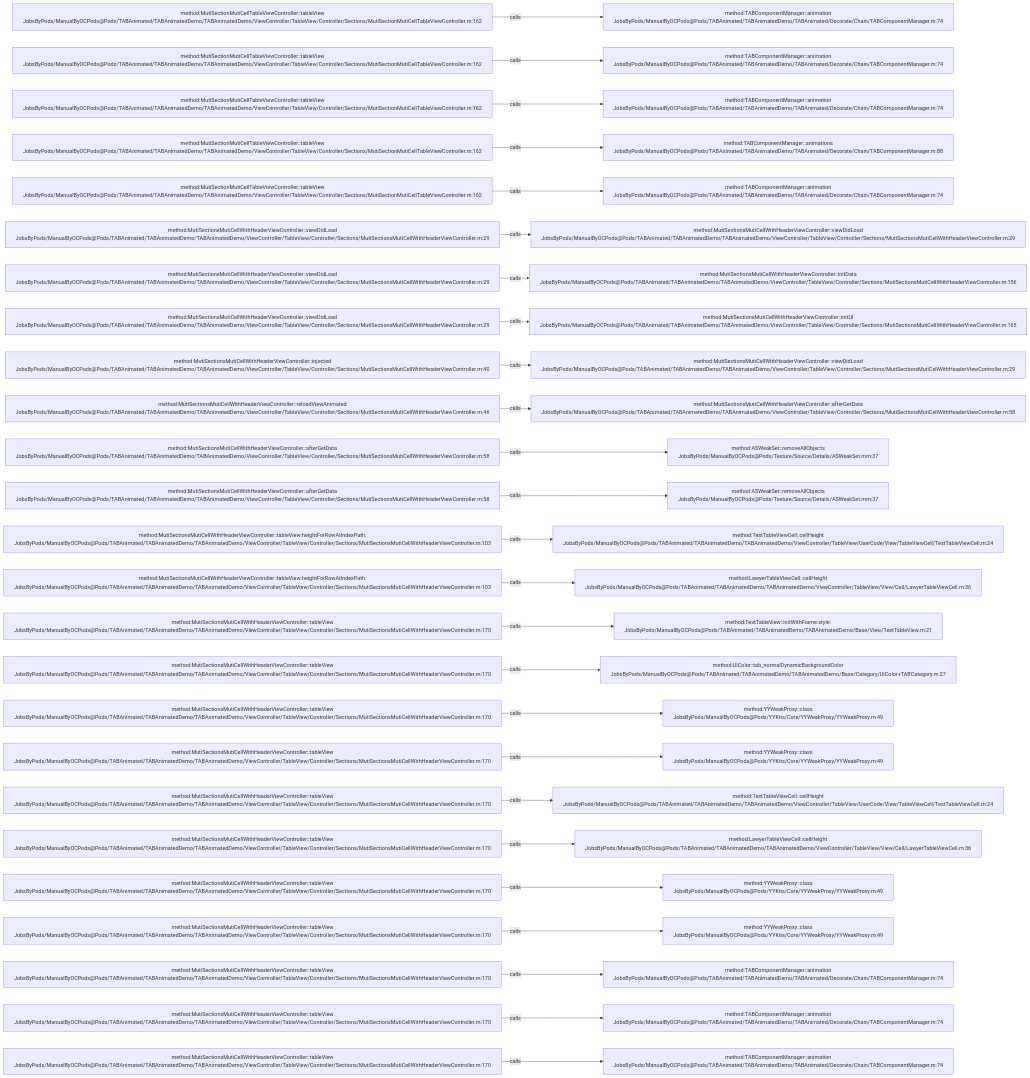
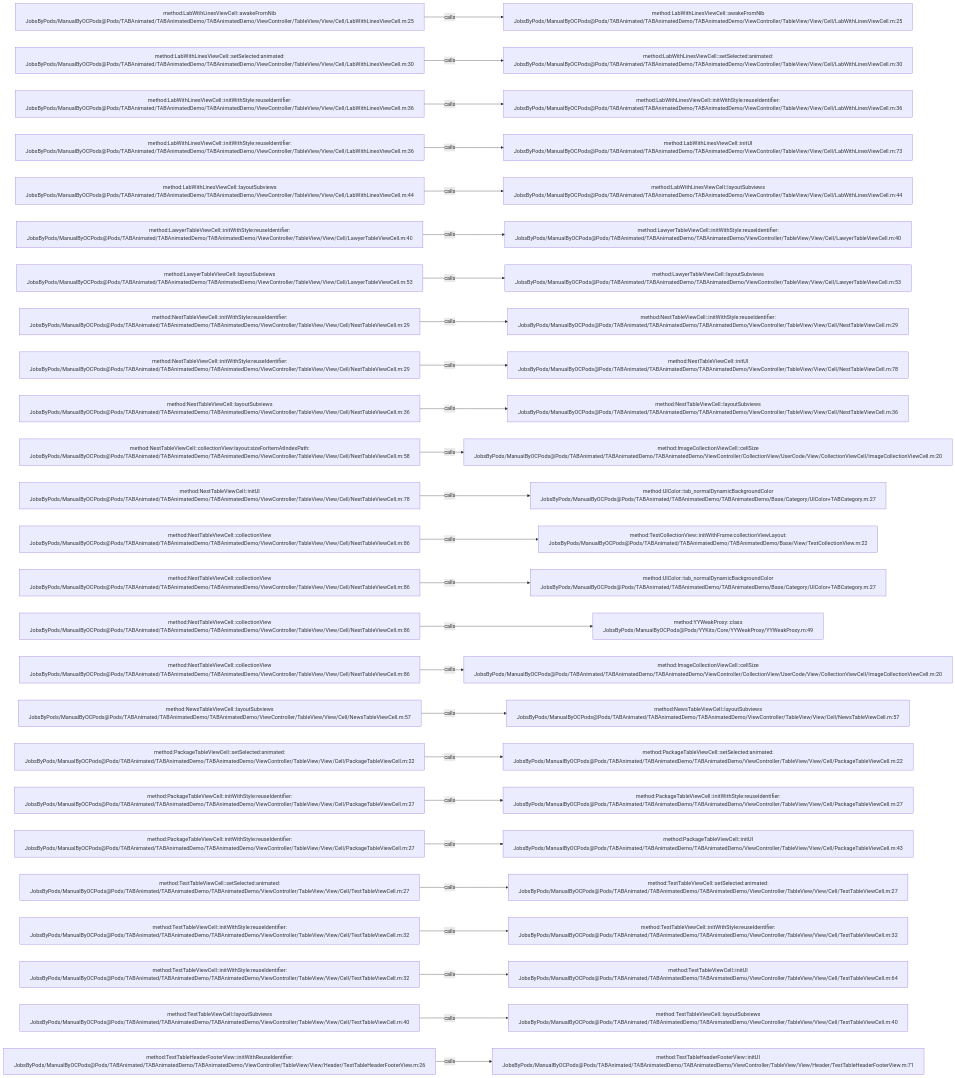
Before and after one commit to JobsKits/JobsOCBaseConfigDemo: the diagram in .codegraph/codegraph.md/graphs/calls-054.md, drawn with Mermaid. The commit also changed 2723 other files, not shown here.

````diff
--- a/.codegraph/codegraph.md/graphs/calls-054.md
+++ b/.codegraph/codegraph.md/graphs/calls-054.md
@@ -13,78 +13,78 @@
 ```mermaid
 flowchart LR
-  S1["method:MutiSectionMutiCellTableViewController::tableView<br/>JobsByPods/ManualByOCPods@Pods/TABAnimated/TABAnimatedDemo/TABAnimatedDemo/ViewController/TableView/Controller/Sections/MutiSectionMutiCellTableViewController.m:162"]
-  T1["method:TABComponentManager::animation<br/>JobsByPods/ManualByOCPods@Pods/TABAnimated/TABAnimatedDemo/TABAnimated/Decorate/Chain/TABComponentManager.m:74"]
+  S1["method:LabWithLinesViewCell::awakeFromNib<br/>JobsByPods/ManualByOCPods@Pods/TABAnimated/TABAnimatedDemo/TABAnimatedDemo/ViewController/TableView/View/Cell/LabWithLinesViewCell.m:25"]
+  T1["method:LabWithLinesViewCell::awakeFromNib<br/>JobsByPods/ManualByOCPods@Pods/TABAnimated/TABAnimatedDemo/TABAnimatedDemo/ViewController/TableView/View/Cell/LabWithLinesViewCell.m:25"]
   S1 -->|calls| T1
-  S2["method:MutiSectionMutiCellTableViewController::tableView<br/>JobsByPods/ManualByOCPods@Pods/TABAnimated/TABAnimatedDemo/TABAnimatedDemo/ViewController/TableView/Controller/Sections/MutiSectionMutiCellTableViewController.m:162"]
-  T2["method:TABComponentManager::animation<br/>JobsByPods/ManualByOCPods@Pods/TABAnimated/TABAnimatedDemo/TABAnimated/Decorate/Chain/TABComponentManager.m:74"]
+  S2["method:LabWithLinesViewCell::setSelected:animated:<br/>JobsByPods/ManualByOCPods@Pods/TABAnimated/TABAnimatedDemo/TABAnimatedDemo/ViewController/TableView/View/Cell/LabWithLinesViewCell.m:30"]
+  T2["method:LabWithLinesViewCell::setSelected:animated:<br/>JobsByPods/ManualByOCPods@Pods/TABAnimated/TABAnimatedDemo/TABAnimatedDemo/ViewController/TableView/View/Cell/LabWithLinesViewCell.m:30"]
   S2 -->|calls| T2
-  S3["method:MutiSectionMutiCellTableViewController::tableView<br/>JobsByPods/ManualByOCPods@Pods/TABAnimated/TABAnimatedDemo/TABAnimatedDemo/ViewController/TableView/Controller/Sections/MutiSectionMutiCellTableViewController.m:162"]
-  T3["method:TABComponentManager::animation<br/>JobsByPods/ManualByOCPods@Pods/TABAnimated/TABAnimatedDemo/TABAnimated/Decorate/Chain/TABComponentManager.m:74"]
+  S3["method:LabWithLinesViewCell::initWithStyle:reuseIdentifier:<br/>JobsByPods/ManualByOCPods@Pods/TABAnimated/TABAnimatedDemo/TABAnimatedDemo/ViewController/TableView/View/Cell/LabWithLinesViewCell.m:36"]
+  T3["method:LabWithLinesViewCell::initWithStyle:reuseIdentifier:<br/>JobsByPods/ManualByOCPods@Pods/TABAnimated/TABAnimatedDemo/TABAnimatedDemo/ViewController/TableView/View/Cell/LabWithLinesViewCell.m:36"]
   S3 -->|calls| T3
-  S4["method:MutiSectionMutiCellTableViewController::tableView<br/>JobsByPods/ManualByOCPods@Pods/TABAnimated/TABAnimatedDemo/TABAnimatedDemo/ViewController/TableView/Controller/Sections/MutiSectionMutiCellTableViewController.m:162"]
-  T4["method:TABComponentManager::animations<br/>JobsByPods/ManualByOCPods@Pods/TABAnimated/TABAnimatedDemo/TABAnimated/Decorate/Chain/TABComponentManager.m:88"]
+  S4["method:LabWithLinesViewCell::initWithStyle:reuseIdentifier:<br/>JobsByPods/ManualByOCPods@Pods/TABAnimated/TABAnimatedDemo/TABAnimatedDemo/ViewController/TableView/View/Cell/LabWithLinesViewCell.m:36"]
+  T4["method:LabWithLinesViewCell::initUI<br/>JobsByPods/ManualByOCPods@Pods/TABAnimated/TABAnimatedDemo/TABAnimatedDemo/ViewController/TableView/View/Cell/LabWithLinesViewCell.m:73"]
   S4 -->|calls| T4
-  S5["method:MutiSectionMutiCellTableViewController::tableView<br/>JobsByPods/ManualByOCPods@Pods/TABAnimated/TABAnimatedDemo/TABAnimatedDemo/ViewController/TableView/Controller/Sections/MutiSectionMutiCellTableViewController.m:162"]
-  T5["method:TABComponentManager::animation<br/>JobsByPods/ManualByOCPods@Pods/TABAnimated/TABAnimatedDemo/TABAnimated/Decorate/Chain/TABComponentManager.m:74"]
+  S5["method:LabWithLinesViewCell::layoutSubviews<br/>JobsByPods/ManualByOCPods@Pods/TABAnimated/TABAnimatedDemo/TABAnimatedDemo/ViewController/TableView/View/Cell/LabWithLinesViewCell.m:44"]
+  T5["method:LabWithLinesViewCell::layoutSubviews<br/>JobsByPods/ManualByOCPods@Pods/TABAnimated/TABAnimatedDemo/TABAnimatedDemo/ViewController/TableView/View/Cell/LabWithLinesViewCell.m:44"]
   S5 -->|calls| T5
-  S6["method:MutiSectionsMutiCellWithHeaderViewController::viewDidLoad<br/>JobsByPods/ManualByOCPods@Pods/TABAnimated/TABAnimatedDemo/TABAnimatedDemo/ViewController/TableView/Controller/Sections/MutiSectionsMutiCellWithHeaderViewController.m:29"]
-  T6["method:MutiSectionsMutiCellWithHeaderViewController::viewDidLoad<br/>JobsByPods/ManualByOCPods@Pods/TABAnimated/TABAnimatedDemo/TABAnimatedDemo/ViewController/TableView/Controller/Sections/MutiSectionsMutiCellWithHeaderViewController.m:29"]
+  S6["method:LawyerTableViewCell::initWithStyle:reuseIdentifier:<br/>JobsByPods/ManualByOCPods@Pods/TABAnimated/TABAnimatedDemo/TABAnimatedDemo/ViewController/TableView/View/Cell/LawyerTableViewCell.m:40"]
+  T6["method:LawyerTableViewCell::initWithStyle:reuseIdentifier:<br/>JobsByPods/ManualByOCPods@Pods/TABAnimated/TABAnimatedDemo/TABAnimatedDemo/ViewController/TableView/View/Cell/LawyerTableViewCell.m:40"]
   S6 -->|calls| T6
-  S7["method:MutiSectionsMutiCellWithHeaderViewController::viewDidLoad<br/>JobsByPods/ManualByOCPods@Pods/TABAnimated/TABAnimatedDemo/TABAnimatedDemo/ViewController/TableView/Controller/Sections/MutiSectionsMutiCellWithHeaderViewController.m:29"]
-  T7["method:MutiSectionsMutiCellWithHeaderViewController::initData<br/>JobsByPods/ManualByOCPods@Pods/TABAnimated/TABAnimatedDemo/TABAnimatedDemo/ViewController/TableView/Controller/Sections/MutiSectionsMutiCellWithHeaderViewController.m:156"]
+  S7["method:LawyerTableViewCell::layoutSubviews<br/>JobsByPods/ManualByOCPods@Pods/TABAnimated/TABAnimatedDemo/TABAnimatedDemo/ViewController/TableView/View/Cell/LawyerTableViewCell.m:53"]
+  T7["method:LawyerTableViewCell::layoutSubviews<br/>JobsByPods/ManualByOCPods@Pods/TABAnimated/TABAnimatedDemo/TABAnimatedDemo/ViewController/TableView/View/Cell/LawyerTableViewCell.m:53"]
   S7 -->|calls| T7
-  S8["method:MutiSectionsMutiCellWithHeaderViewController::viewDidLoad<br/>JobsByPods/ManualByOCPods@Pods/TABAnimated/TABAnimatedDemo/TABAnimatedDemo/ViewController/TableView/Controller/Sections/MutiSectionsMutiCellWithHeaderViewController.m:29"]
-  T8["method:MutiSectionsMutiCellWithHeaderViewController::initUI<br/>JobsByPods/ManualByOCPods@Pods/TABAnimated/TABAnimatedDemo/TABAnimatedDemo/ViewController/TableView/Controller/Sections/MutiSectionsMutiCellWithHeaderViewController.m:165"]
+  S8["method:NestTableViewCell::initWithStyle:reuseIdentifier:<br/>JobsByPods/ManualByOCPods@Pods/TABAnimated/TABAnimatedDemo/TABAnimatedDemo/ViewController/TableView/View/Cell/NestTableViewCell.m:29"]
+  T8["method:NestTableViewCell::initWithStyle:reuseIdentifier:<br/>JobsByPods/ManualByOCPods@Pods/TABAnimated/TABAnimatedDemo/TABAnimatedDemo/ViewController/TableView/View/Cell/NestTableViewCell.m:29"]
   S8 -->|calls| T8
-  S9["method:MutiSectionsMutiCellWithHeaderViewController::injected<br/>JobsByPods/ManualByOCPods@Pods/TABAnimated/TABAnimatedDemo/TABAnimatedDemo/ViewController/TableView/Controller/Sections/MutiSectionsMutiCellWithHeaderViewController.m:40"]
-  T9["method:MutiSectionsMutiCellWithHeaderViewController::viewDidLoad<br/>JobsByPods/ManualByOCPods@Pods/TABAnimated/TABAnimatedDemo/TABAnimatedDemo/ViewController/TableView/Controller/Sections/MutiSectionsMutiCellWithHeaderViewController.m:29"]
+  S9["method:NestTableViewCell::initWithStyle:reuseIdentifier:<br/>JobsByPods/ManualByOCPods@Pods/TABAnimated/TABAnimatedDemo/TABAnimatedDemo/ViewController/TableView/View/Cell/NestTableViewCell.m:29"]
+  T9["method:NestTableViewCell::initUI<br/>JobsByPods/ManualByOCPods@Pods/TABAnimated/TABAnimatedDemo/TABAnimatedDemo/ViewController/TableView/View/Cell/NestTableViewCell.m:78"]
   S9 -->|calls| T9
-  S10["method:MutiSectionsMutiCellWithHeaderViewController::reloadViewAnimated<br/>JobsByPods/ManualByOCPods@Pods/TABAnimated/TABAnimatedDemo/TABAnimatedDemo/ViewController/TableView/Controller/Sections/MutiSectionsMutiCellWithHeaderViewController.m:46"]
-  T10["method:MutiSectionsMutiCellWithHeaderViewController::afterGetData<br/>JobsByPods/ManualByOCPods@Pods/TABAnimated/TABAnimatedDemo/TABAnimatedDemo/ViewController/TableView/Controller/Sections/MutiSectionsMutiCellWithHeaderViewController.m:58"]
+  S10["method:NestTableViewCell::layoutSubviews<br/>JobsByPods/ManualByOCPods@Pods/TABAnimated/TABAnimatedDemo/TABAnimatedDemo/ViewController/TableView/View/Cell/NestTableViewCell.m:36"]
+  T10["method:NestTableViewCell::layoutSubviews<br/>JobsByPods/ManualByOCPods@Pods/TABAnimated/TABAnimatedDemo/TABAnimatedDemo/ViewController/TableView/View/Cell/NestTableViewCell.m:36"]
   S10 -->|calls| T10
-  S11["method:MutiSectionsMutiCellWithHeaderViewController::afterGetData<br/>JobsByPods/ManualByOCPods@Pods/TABAnimated/TABAnimatedDemo/TABAnimatedDemo/ViewController/TableView/Controller/Sections/MutiSectionsMutiCellWithHeaderViewController.m:58"]
-  T11["method:ASWeakSet::removeAllObjects<br/>JobsByPods/ManualByOCPods@Pods/Texture/Source/Details/ASWeakSet.mm:37"]
+  S11["method:NestTableViewCell::collectionView:layout:sizeForItemAtIndexPath:<br/>JobsByPods/ManualByOCPods@Pods/TABAnimated/TABAnimatedDemo/TABAnimatedDemo/ViewController/TableView/View/Cell/NestTableViewCell.m:58"]
+  T11["method:ImageCollectionViewCell::cellSize<br/>JobsByPods/ManualByOCPods@Pods/TABAnimated/TABAnimatedDemo/TABAnimatedDemo/ViewController/CollectionView/UserCode/View/CollectionViewCell/ImageCollectionViewCell.m:20"]
   S11 -->|calls| T11
-  S12["method:MutiSectionsMutiCellWithHeaderViewController::afterGetData<br/>JobsByPods/ManualByOCPods@Pods/TABAnimated/TABAnimatedDemo/TABAnimatedDemo/ViewController/TableView/Controller/Sections/MutiSectionsMutiCellWithHeaderViewController.m:58"]
-  T12["method:ASWeakSet::removeAllObjects<br/>JobsByPods/ManualByOCPods@Pods/Texture/Source/Details/ASWeakSet.mm:37"]
+  S12["method:NestTableViewCell::initUI<br/>JobsByPods/ManualByOCPods@Pods/TABAnimated/TABAnimatedDemo/TABAnimatedDemo/ViewController/TableView/View/Cell/NestTableViewCell.m:78"]
+  T12["method:UIColor::tab_normalDynamicBackgroundColor<br/>JobsByPods/ManualByOCPods@Pods/TABAnimated/TABAnimatedDemo/TABAnimatedDemo/Base/Category/UIColor+TABCategory.m:27"]
   S12 -->|calls| T12
-  S13["method:MutiSectionsMutiCellWithHeaderViewController::tableView:heightForRowAtIndexPath:<br/>JobsByPods/ManualByOCPods@Pods/TABAnimated/TABAnimatedDemo/TABAnimatedDemo/ViewController/TableView/Controller/Sections/MutiSectionsMutiCellWithHeaderViewController.m:103"]
-  T13["method:TestTableViewCell::cellHeight<br/>JobsByPods/ManualByOCPods@Pods/TABAnimated/TABAnimatedDemo/TABAnimatedDemo/ViewController/TableView/UserCode/View/TableViewCell/TestTableViewCell.m:24"]
+  S13["method:NestTableViewCell::collectionView<br/>JobsByPods/ManualByOCPods@Pods/TABAnimated/TABAnimatedDemo/TABAnimatedDemo/ViewController/TableView/View/Cell/NestTableViewCell.m:86"]
+  T13["method:TestCollectionView::initWithFrame:collectionViewLayout:<br/>JobsByPods/ManualByOCPods@Pods/TABAnimated/TABAnimatedDemo/TABAnimatedDemo/Base/View/TestCollectionView.m:22"]
   S13 -->|calls| T13
-  S14["method:MutiSectionsMutiCellWithHeaderViewController::tableView:heightForRowAtIndexPath:<br/>JobsByPods/ManualByOCPods@Pods/TABAnimated/TABAnimatedDemo/TABAnimatedDemo/ViewController/TableView/Controller/Sections/MutiSectionsMutiCellWithHeaderViewController.m:103"]
-  T14["method:LawyerTableViewCell::cellHeight<br/>JobsByPods/ManualByOCPods@Pods/TABAnimated/TABAnimatedDemo/TABAnimatedDemo/ViewController/TableView/View/Cell/LawyerTableViewCell.m:36"]
+  S14["method:NestTableViewCell::collectionView<br/>JobsByPods/ManualByOCPods@Pods/TABAnimated/TABAnimatedDemo/TABAnimatedDemo/ViewController/TableView/View/Cell/NestTableViewCell.m:86"]
+  T14["method:UIColor::tab_normalDynamicBackgroundColor<br/>JobsByPods/ManualByOCPods@Pods/TABAnimated/TABAnimatedDemo/TABAnimatedDemo/Base/Category/UIColor+TABCategory.m:27"]
   S14 -->|calls| T14
-  S15["method:MutiSectionsMutiCellWithHeaderViewController::tableView<br/>JobsByPods/ManualByOCPods@Pods/TABAnimated/TABAnimatedDemo/TABAnimatedDemo/ViewController/TableView/Controller/Sections/MutiSectionsMutiCellWithHeaderViewController.m:170"]
-  T15["method:TestTableView::initWithFrame:style:<br/>JobsByPods/ManualByOCPods@Pods/TABAnimated/TABAnimatedDemo/TABAnimatedDemo/Base/View/TestTableView.m:21"]
+  S15["method:NestTableViewCell::collectionView<br/>JobsByPods/ManualByOCPods@Pods/TABAnimated/TABAnimatedDemo/TABAnimatedDemo/ViewController/TableView/View/Cell/NestTableViewCell.m:86"]
+  T15["method:YYWeakProxy::class<br/>JobsByPods/ManualByOCPods@Pods/YYKits/Core/YYWeakProxy/YYWeakProxy.m:49"]
   S15 -->|calls| T15
-  S16["method:MutiSectionsMutiCellWithHeaderViewController::tableView<br/>JobsByPods/ManualByOCPods@Pods/TABAnimated/TABAnimatedDemo/TABAnimatedDemo/ViewController/TableView/Controller/Sections/MutiSectionsMutiCellWithHeaderViewController.m:170"]
-  T16["method:UIColor::tab_normalDynamicBackgroundColor<br/>JobsByPods/ManualByOCPods@Pods/TABAnimated/TABAnimatedDemo/TABAnimatedDemo/Base/Category/UIColor+TABCategory.m:27"]
+  S16["method:NestTableViewCell::collectionView<br/>JobsByPods/ManualByOCPods@Pods/TABAnimated/TABAnimatedDemo/TABAnimatedDemo/ViewController/TableView/View/Cell/NestTableViewCell.m:86"]
+  T16["method:ImageCollectionViewCell::cellSize<br/>JobsByPods/ManualByOCPods@Pods/TABAnimated/TABAnimatedDemo/TABAnimatedDemo/ViewController/CollectionView/UserCode/View/CollectionViewCell/ImageCollectionViewCell.m:20"]
   S16 -->|calls| T16
-  S17["method:MutiSectionsMutiCellWithHeaderViewController::tableView<br/>JobsByPods/ManualByOCPods@Pods/TABAnimated/TABAnimatedDemo/TABAnimatedDemo/ViewController/TableView/Controller/Sections/MutiSectionsMutiCellWithHeaderViewController.m:170"]
-  T17["method:YYWeakProxy::class<br/>JobsByPods/ManualByOCPods@Pods/YYKits/Core/YYWeakProxy/YYWeakProxy.m:49"]
+  S17["method:NewsTableViewCell::layoutSubviews<br/>JobsByPods/ManualByOCPods@Pods/TABAnimated/TABAnimatedDemo/TABAnimatedDemo/ViewController/TableView/View/Cell/NewsTableViewCell.m:57"]
+  T17["method:NewsTableViewCell::layoutSubviews<br/>JobsByPods/ManualByOCPods@Pods/TABAnimated/TABAnimatedDemo/TABAnimatedDemo/ViewController/TableView/View/Cell/NewsTableViewCell.m:57"]
   S17 -->|calls| T17
-  S18["method:MutiSectionsMutiCellWithHeaderViewController::tableView<br/>JobsByPods/ManualByOCPods@Pods/TABAnimated/TABAnimatedDemo/TABAnimatedDemo/ViewController/TableView/Controller/Sections/MutiSectionsMutiCellWithHeaderViewController.m:170"]
-  T18["method:YYWeakProxy::class<br/>JobsByPods/ManualByOCPods@Pods/YYKits/Core/YYWeakProxy/YYWeakProxy.m:49"]
+  S18["method:PackageTableViewCell::setSelected:animated:<br/>JobsByPods/ManualByOCPods@Pods/TABAnimated/TABAnimatedDemo/TABAnimatedDemo/ViewController/TableView/View/Cell/PackageTableViewCell.m:22"]
+  T18["method:PackageTableViewCell::setSelected:animated:<br/>JobsByPods/ManualByOCPods@Pods/TABAnimated/TABAnimatedDemo/TABAnimatedDemo/ViewController/TableView/View/Cell/PackageTableViewCell.m:22"]
   S18 -->|calls| T18
-  S19["method:MutiSectionsMutiCellWithHeaderViewController::tableView<br/>JobsByPods/ManualByOCPods@Pods/TABAnimated/TABAnimatedDemo/TABAnimatedDemo/ViewController/TableView/Controller/Sections/MutiSectionsMutiCellWithHeaderViewController.m:170"]
-  T19["method:TestTableViewCell::cellHeight<br/>JobsByPods/ManualByOCPods@Pods/TABAnimated/TABAnimatedDemo/TABAnimatedDemo/ViewController/TableView/UserCode/View/TableViewCell/TestTableViewCell.m:24"]
+  S19["method:PackageTableViewCell::initWithStyle:reuseIdentifier:<br/>JobsByPods/ManualByOCPods@Pods/TABAnimated/TABAnimatedDemo/TABAnimatedDemo/ViewController/TableView/View/Cell/PackageTableViewCell.m:27"]
+  T19["method:PackageTableViewCell::initWithStyle:reuseIdentifier:<br/>JobsByPods/ManualByOCPods@Pods/TABAnimated/TABAnimatedDemo/TABAnimatedDemo/ViewController/TableView/View/Cell/PackageTableViewCell.m:27"]
   S19 -->|calls| T19
-  S20["method:MutiSectionsMutiCellWithHeaderViewController::tableView<br/>JobsByPods/ManualByOCPods@Pods/TABAnimated/TABAnimatedDemo/TABAnimatedDemo/ViewController/TableView/Controller/Sections/MutiSectionsMutiCellWithHeaderViewController.m:170"]
-  T20["method:LawyerTableViewCell::cellHeight<br/>JobsByPods/ManualByOCPods@Pods/TABAnimated/TABAnimatedDemo/TABAnimatedDemo/ViewController/TableView/View/Cell/LawyerTableViewCell.m:36"]
+  S20["method:PackageTableViewCell::initWithStyle:reuseIdentifier:<br/>JobsByPods/ManualByOCPods@Pods/TABAnimated/TABAnimatedDemo/TABAnimatedDemo/ViewController/TableView/View/Cell/PackageTableViewCell.m:27"]
+  T20["method:PackageTableViewCell::initUI<br/>JobsByPods/ManualByOCPods@Pods/TABAnimated/TABAnimatedDemo/TABAnimatedDemo/ViewController/TableView/View/Cell/PackageTableViewCell.m:43"]
   S20 -->|calls| T20
-  S21["method:MutiSectionsMutiCellWithHeaderViewController::tableView<br/>JobsByPods/ManualByOCPods@Pods/TABAnimated/TABAnimatedDemo/TABAnimatedDemo/ViewController/TableView/Controller/Sections/MutiSectionsMutiCellWithHeaderViewController.m:170"]
-  T21["method:YYWeakProxy::class<br/>JobsByPods/ManualByOCPods@Pods/YYKits/Core/YYWeakProxy/YYWeakProxy.m:49"]
+  S21["method:TestTableViewCell::setSelected:animated:<br/>JobsByPods/ManualByOCPods@Pods/TABAnimated/TABAnimatedDemo/TABAnimatedDemo/ViewController/TableView/View/Cell/TestTableViewCell.m:27"]
+  T21["method:TestTableViewCell::setSelected:animated:<br/>JobsByPods/ManualByOCPods@Pods/TABAnimated/TABAnimatedDemo/TABAnimatedDemo/ViewController/TableView/View/Cell/TestTableViewCell.m:27"]
   S21 -->|calls| T21
-  S22["method:MutiSectionsMutiCellWithHeaderViewController::tableView<br/>JobsByPods/ManualByOCPods@Pods/TABAnimated/TABAnimatedDemo/TABAnimatedDemo/ViewController/TableView/Controller/Sections/MutiSectionsMutiCellWithHeaderViewController.m:170"]
-  T22["method:YYWeakProxy::class<br/>JobsByPods/ManualByOCPods@Pods/YYKits/Core/YYWeakProxy/YYWeakProxy.m:49"]
+  S22["method:TestTableViewCell::initWithStyle:reuseIdentifier:<br/>JobsByPods/ManualByOCPods@Pods/TABAnimated/TABAnimatedDemo/TABAnimatedDemo/ViewController/TableView/View/Cell/TestTableViewCell.m:32"]
+  T22["method:TestTableViewCell::initWithStyle:reuseIdentifier:<br/>JobsByPods/ManualByOCPods@Pods/TABAnimated/TABAnimatedDemo/TABAnimatedDemo/ViewController/TableView/View/Cell/TestTableViewCell.m:32"]
   S22 -->|calls| T22
-  S23["method:MutiSectionsMutiCellWithHeaderViewController::tableView<br/>JobsByPods/ManualByOCPods@Pods/TABAnimated/TABAnimatedDemo/TABAnimatedDemo/ViewController/TableView/Controller/Sections/MutiSectionsMutiCellWithHeaderViewController.m:170"]
-  T23["method:TABComponentManager::animation<br/>JobsByPods/ManualByOCPods@Pods/TABAnimated/TABAnimatedDemo/TABAnimated/Decorate/Chain/TABComponentManager.m:74"]
+  S23["method:TestTableViewCell::initWithStyle:reuseIdentifier:<br/>JobsByPods/ManualByOCPods@Pods/TABAnimated/TABAnimatedDemo/TABAnimatedDemo/ViewController/TableView/View/Cell/TestTableViewCell.m:32"]
+  T23["method:TestTableViewCell::initUI<br/>JobsByPods/ManualByOCPods@Pods/TABAnimated/TABAnimatedDemo/TABAnimatedDemo/ViewController/TableView/View/Cell/TestTableViewCell.m:64"]
   S23 -->|calls| T23
-  S24["method:MutiSectionsMutiCellWithHeaderViewController::tableView<br/>JobsByPods/ManualByOCPods@Pods/TABAnimated/TABAnimatedDemo/TABAnimatedDemo/ViewController/TableView/Controller/Sections/MutiSectionsMutiCellWithHeaderViewController.m:170"]
-  T24["method:TABComponentManager::animation<br/>JobsByPods/ManualByOCPods@Pods/TABAnimated/TABAnimatedDemo/TABAnimated/Decorate/Chain/TABComponentManager.m:74"]
+  S24["method:TestTableViewCell::layoutSubviews<br/>JobsByPods/ManualByOCPods@Pods/TABAnimated/TABAnimatedDemo/TABAnimatedDemo/ViewController/TableView/View/Cell/TestTableViewCell.m:40"]
+  T24["method:TestTableViewCell::layoutSubviews<br/>JobsByPods/ManualByOCPods@Pods/TABAnimated/TABAnimatedDemo/TABAnimatedDemo/ViewController/TableView/View/Cell/TestTableViewCell.m:40"]
   S24 -->|calls| T24
-  S25["method:MutiSectionsMutiCellWithHeaderViewController::tableView<br/>JobsByPods/ManualByOCPods@Pods/TABAnimated/TABAnimatedDemo/TABAnimatedDemo/ViewController/TableView/Controller/Sections/MutiSectionsMutiCellWithHeaderViewController.m:170"]
-  T25["method:TABComponentManager::animation<br/>JobsByPods/ManualByOCPods@Pods/TABAnimated/TABAnimatedDemo/TABAnimated/Decorate/Chain/TABComponentManager.m:74"]
+  S25["method:TestTableHeaderFooterView::initWithReuseIdentifier:<br/>JobsByPods/ManualByOCPods@Pods/TABAnimated/TABAnimatedDemo/TABAnimatedDemo/ViewController/TableView/View/Header/TestTableHeaderFooterView.m:26"]
+  T25["method:TestTableHeaderFooterView::initUI<br/>JobsByPods/ManualByOCPods@Pods/TABAnimated/TABAnimatedDemo/TABAnimatedDemo/ViewController/TableView/View/Header/TestTableHeaderFooterView.m:71"]
   S25 -->|calls| T25
 ```
````
